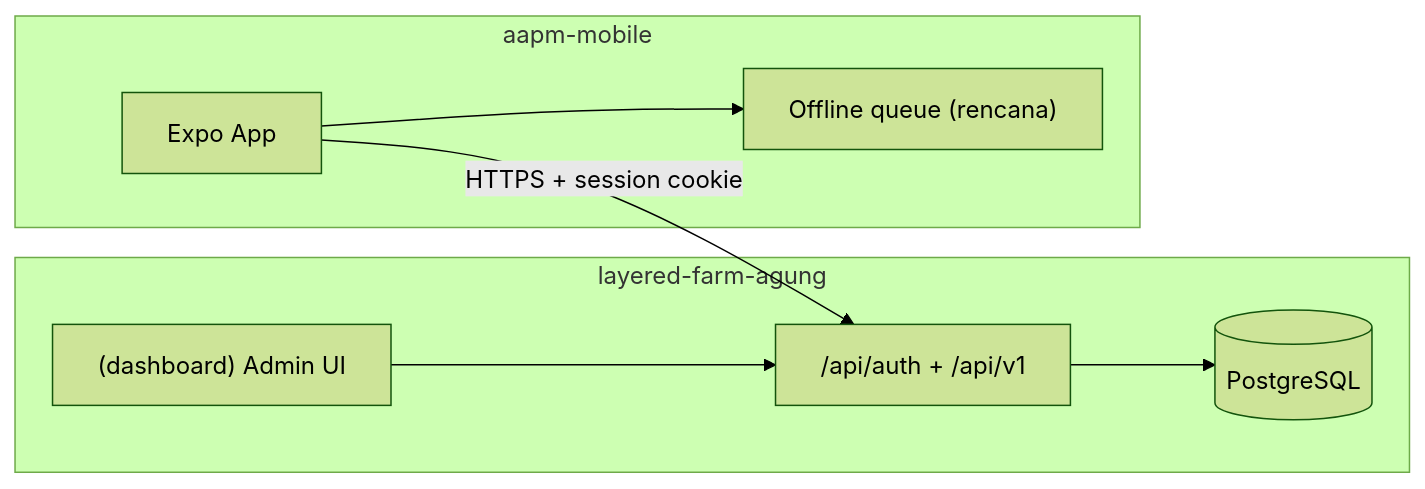
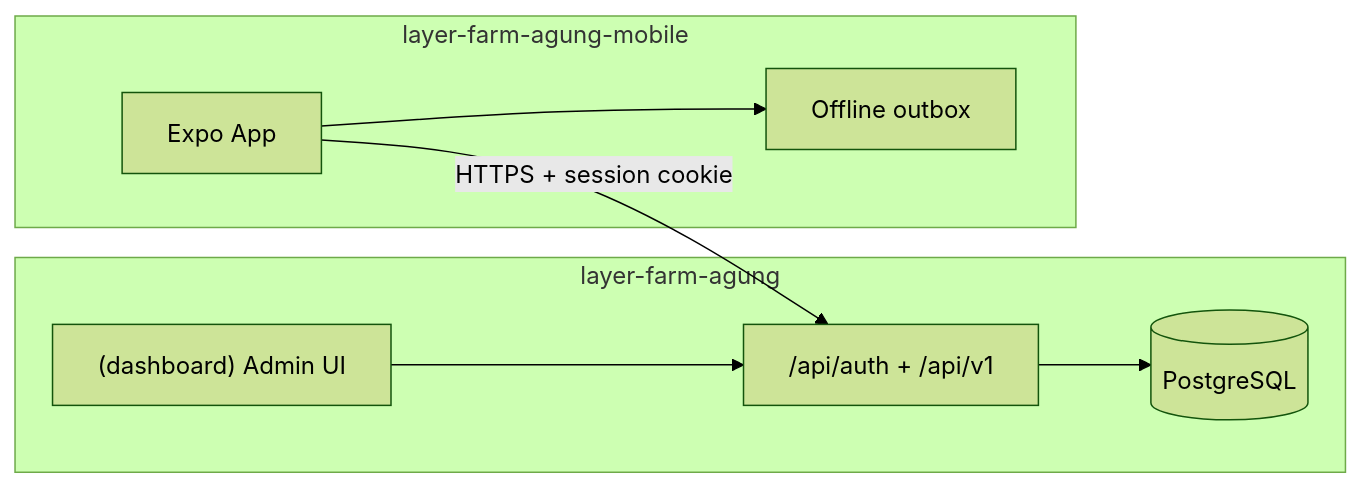
Before and after one commit to Webekspres/layer-farm-agung: the diagram in docs/ecosystem.md, drawn with Mermaid (forest theme). The commit also changed other lines of this file and 18 other files, not shown here.

````diff
--- a/docs/ecosystem.md
+++ b/docs/ecosystem.md
@@ -19,18 +19,18 @@
 ```mermaid
 flowchart LR
-  subgraph admin ["layered-farm-agung"]
+  subgraph admin ["layer-farm-agung"]
     UI["(dashboard) Admin UI"]
     API["/api/auth + /api/v1"]
     DB[(PostgreSQL)]
     UI --> API
     API --> DB
   end
 
-  subgraph mobile ["aapm-mobile"]
+  subgraph mobile ["layer-farm-agung-mobile"]
     APP["Expo App"]
-    LOCAL["Offline queue (rencana)"]
+    LOCAL["Offline outbox"]
     APP --> LOCAL
   end
 
   APP -->|"HTTPS + session cookie"| API
 ```
````
